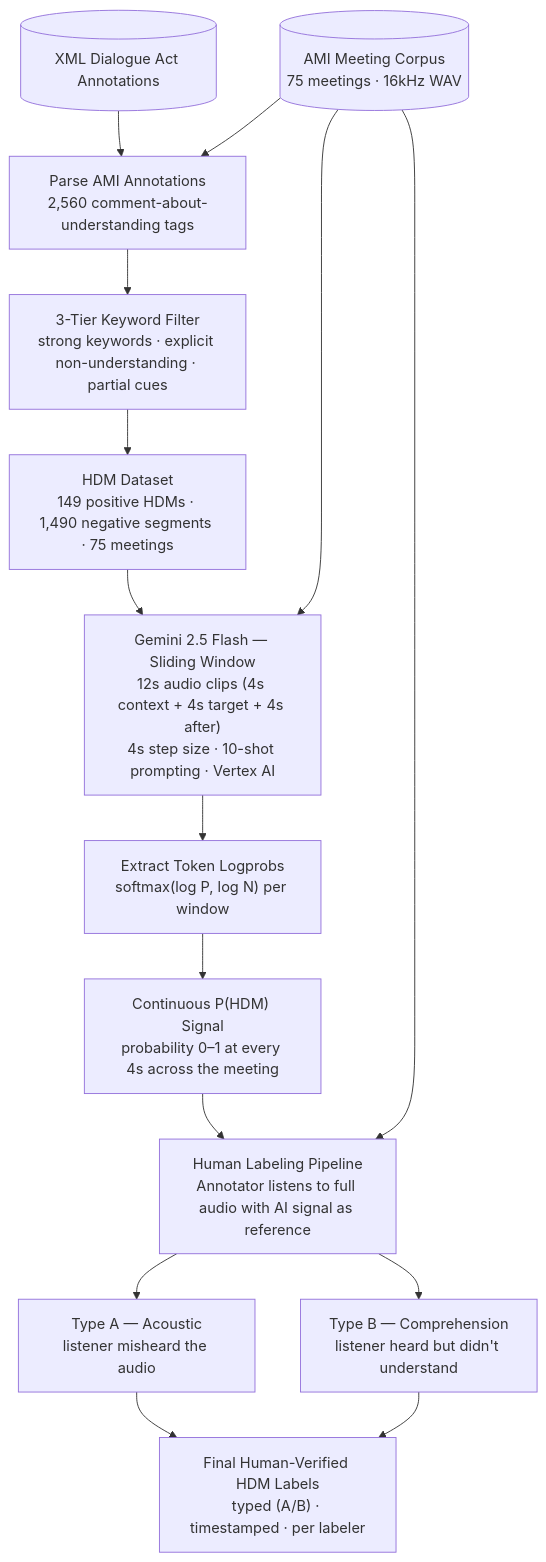
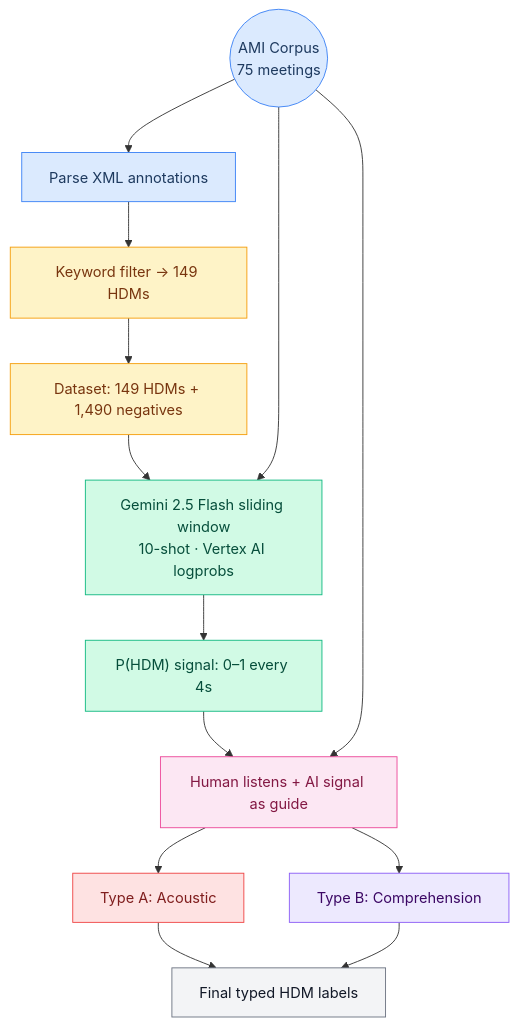
The diagram in README.md (chozillla/CollinsPaper), drawn with Mermaid before and after one commit.

Commit message:
Compact pipeline diagram with color coding
Blue = data ingestion, yellow = filtering, green = AI classification,
pink = human labeling, red/purple = HDM types, gray = final output.

````diff
--- a/README.md
+++ b/README.md
@@ -27,47 +27,26 @@
 ```mermaid
 flowchart TB
-    AMI[("AMI Meeting Corpus\n75 meetings · 16kHz WAV")]
-    XML[("XML Dialogue Act Annotations")]
-
-    AMI --> PARSE
-    XML --> PARSE
-
-    PARSE["Parse AMI Annotations\n2,560 comment-about-understanding tags"]
-
-    PARSE --> FILTER
-
-    FILTER["3-Tier Keyword Filter\nstrong keywords · explicit non-understanding · partial cues"]
-
-    FILTER --> DATASET
-
-    DATASET["HDM Dataset\n149 positive HDMs · 1,490 negative segments · 75 meetings"]
-
-    DATASET --> WINDOW
-    AMI --> WINDOW
-
-    WINDOW["Gemini 2.5 Flash — Sliding Window\n12s audio clips (4s context + 4s target + 4s after)\n4s step size · 10-shot prompting · Vertex AI"]
-
-    WINDOW --> LOGPROB
-
-    LOGPROB["Extract Token Logprobs\nsoftmax(log P, log N) per window"]
-
-    LOGPROB --> SIGNAL
-
-    SIGNAL["Continuous P(HDM) Signal\nprobability 0–1 at every 4s across the meeting"]
-
-    SIGNAL --> HUMAN
+    AMI(("AMI Corpus\n75 meetings")) --> PARSE["Parse XML annotations"]
+    PARSE --> FILTER["Keyword filter → 149 HDMs"]
+    FILTER --> DATASET["Dataset: 149 HDMs + 1,490 negatives"]
+    DATASET --> GEMINI["Gemini 2.5 Flash sliding window\n10-shot · Vertex AI logprobs"]
+    AMI --> GEMINI
+    GEMINI --> SIGNAL["P(HDM) signal: 0–1 every 4s"]
+    SIGNAL --> HUMAN["Human listens + AI signal as guide"]
     AMI --> HUMAN
-
-    HUMAN["Human Labeling Pipeline\nAnnotator listens to full audio with AI signal as reference"]
-
-    HUMAN --> TYPEA
-    HUMAN --> TYPEB
-
-    TYPEA["Type A — Acoustic\nlistener misheard the audio"]
-    TYPEB["Type B — Comprehension\nlistener heard but didn't understand"]
-
-    TYPEA --> LABELS
+    HUMAN --> TYPEA["Type A: Acoustic"]
+    HUMAN --> TYPEB["Type B: Comprehension"]
+    TYPEA --> LABELS["Final typed HDM labels"]
     TYPEB --> LABELS
 
-    LABELS["Final Human-Verified HDM Labels\ntyped (A/B) · timestamped · per labeler"]
+    style AMI fill:#dbeafe,stroke:#3b82f6,color:#1e3a5f
+    style PARSE fill:#dbeafe,stroke:#3b82f6,color:#1e3a5f
+    style FILTER fill:#fef3c7,stroke:#f59e0b,color:#78350f
+    style DATASET fill:#fef3c7,stroke:#f59e0b,color:#78350f
+    style GEMINI fill:#d1fae5,stroke:#10b981,color:#064e3b
+    style SIGNAL fill:#d1fae5,stroke:#10b981,color:#064e3b
+    style HUMAN fill:#fce7f3,stroke:#ec4899,color:#831843
+    style TYPEA fill:#fee2e2,stroke:#ef4444,color:#7f1d1d
+    style TYPEB fill:#ede9fe,stroke:#8b5cf6,color:#3b0764
+    style LABELS fill:#f3f4f6,stroke:#6b7280,color:#111827
 ```
````
